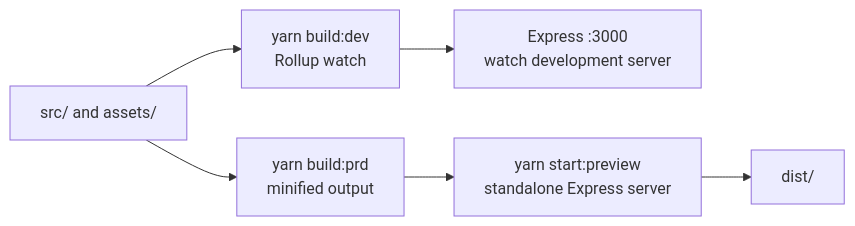
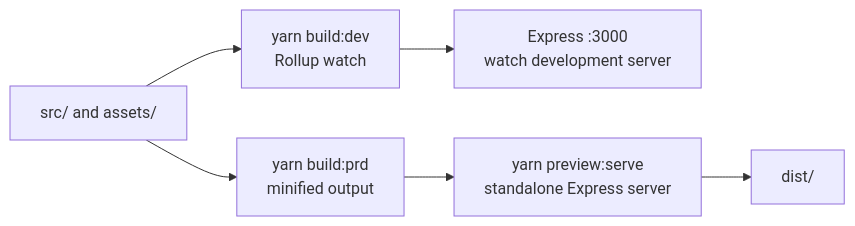
Before and after one commit to elvido/Solid-Calculator: the fourth of 4 diagrams in ARCHITECTURE.md, drawn with Mermaid. The commit also changed other lines of this file and 27 other files, not shown here.

````diff
--- a/ARCHITECTURE.md
+++ b/ARCHITECTURE.md
@@ -150,8 +150,8 @@
 ```mermaid
 flowchart LR
     Source[src/ and assets/] --> DevBuild[yarn build:dev\nRollup watch]
     Source --> ProdBuild[yarn build:prd\nminified output]
     DevBuild --> DevServer[Express :3000\nwatch development server]
-    ProdBuild --> Preview[yarn start:preview\nstandalone Express server]
+    ProdBuild --> Preview[yarn preview:serve\nstandalone Express server]
     Preview --> Built[dist/]
 ```
````
